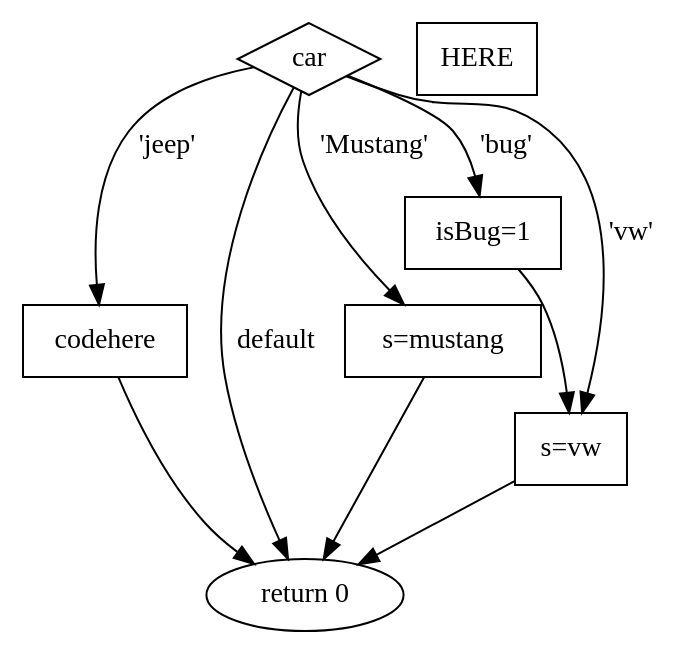
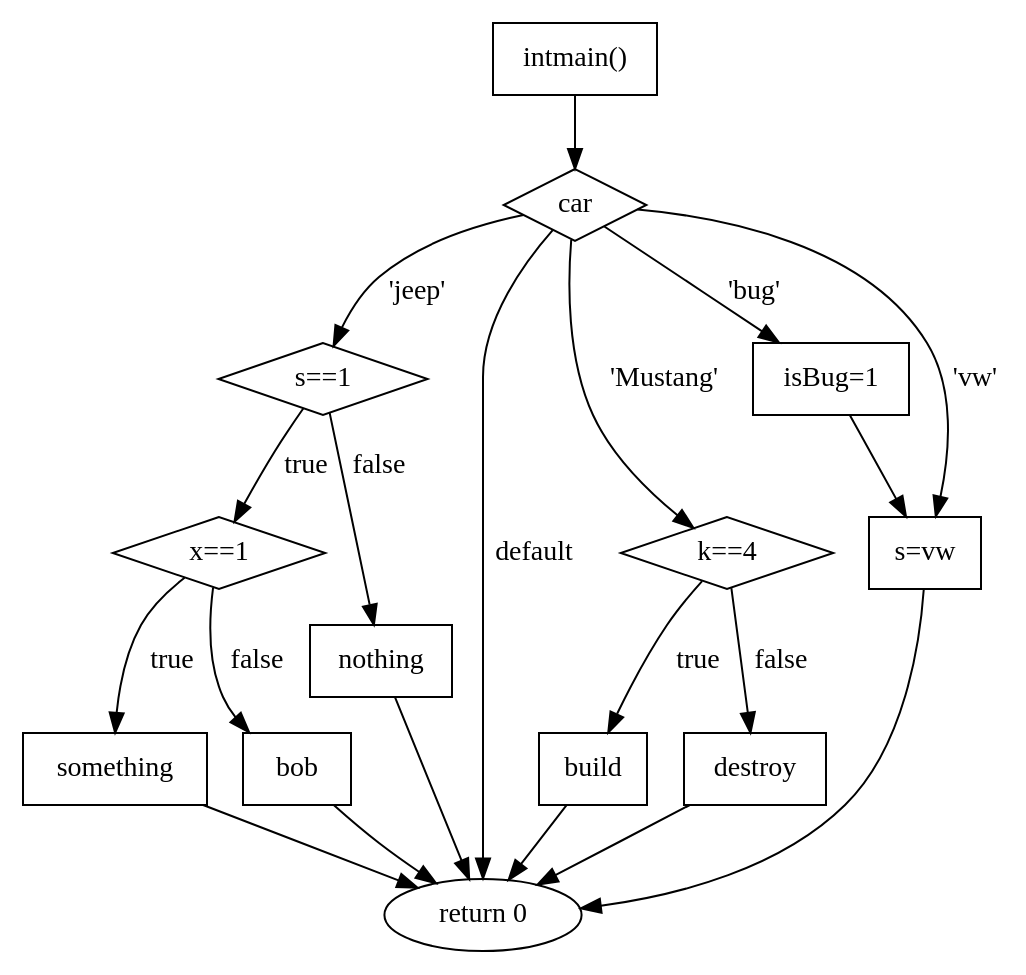
One commit to barakaki/cs451graph changed the diagram in a.dot. Above: the diagram before and after it, drawn with Graphviz. The commit also changed 3 other files, not shown here.

```diff
--- a/a.dot
+++ b/a.dot
@@ -1,22 +1,35 @@
 digraph{
  node[shape = rectangle]
  
+"intmain()"-> 0
 0[label = "car" shape = diamond]
 0->1[label ="'jeep'"]
-1[label = "codehere"]
-1->-1
+1[label = "s==1" shape = diamond]
+1->2[label = true]
+2[label = "x==1" shape = diamond]
+2->3[label = true]
+3[label = "something"]
+3->-1
+2->4[label = false]
+4[label = "bob"]
+4->-1
+1->5[label = false]
+5[label = "nothing"]
+5->-1
+0->6[label ="'Mustang'"]
+6[label = "k==4" shape = diamond]
+6->7[label = true]
+7[label = "build"]
+7->-1
+6->8[label = false]
+8[label = "destroy"]
+8->-1
+0->9[label ="'bug'"]
+9[label = "isBug=1"]
+9->10
+0->10[label ="'vw'"]
+10[label = "s=vw"]
+10->-1
+0->-1[label = "default"]
 -1[label = "return 0",shape=oval]
-0->2[label ="'Mustang'"]
-2[label = "s=mustang"]
-2->-1
--1[label = "return 0",shape=oval]
-0->3[label ="'bug'"]
-3[label = "isBug=1"]
-HERE
-3->4
-0->4[label ="'vw'"]
-4[label = "s=vw"]
-4->-1
--1[label = "return 0",shape=oval]
-0->-1[label = "default"]
 }
```
